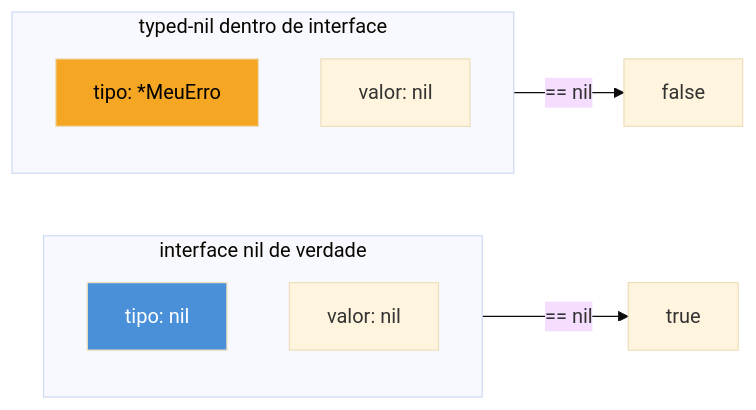
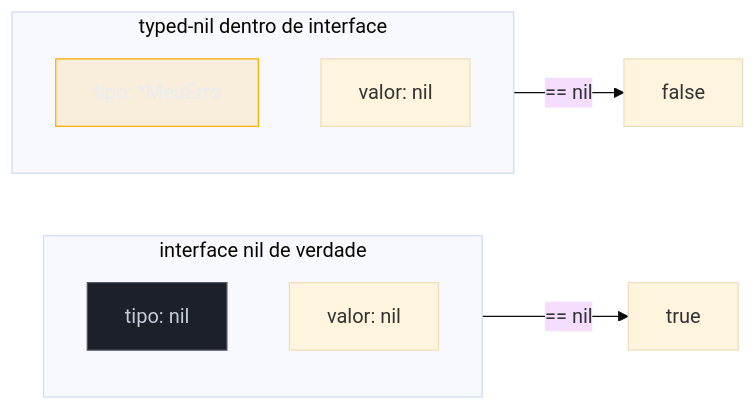
One commit to josenaldo/codex-technomanticus changed the first of 2 diagrams in 03-Dominios/Tecnologia/Go/21 - Preparação para entrevista de Go/04 - Os gotchas favoritos.md. Above: the diagram before and after it, drawn with Mermaid (base theme). The commit also changed other lines of this file and 1181 other files, not shown here.

First line of the commit message:
fix(diagramas): paleta do sistema no lugar de cor cravada no markdown

````diff
--- a/03-Dominios/Tecnologia/Go/21 - Preparação para entrevista de Go/04 - Os gotchas favoritos.md
+++ b/03-Dominios/Tecnologia/Go/21 - Preparação para entrevista de Go/04 - Os gotchas favoritos.md
@@ -57,16 +57,18 @@
 ```mermaid
 flowchart LR
+    classDef neutro fill:#1B2029,stroke:#4E5666,color:#C6CCD8
+    classDef destaque fill:#FFAA0024,stroke:#FFAA00,color:#E9ECF2
     subgraph NilReal["interface nil de verdade"]
         T1["tipo: nil"]
         V1["valor: nil"]
     end
     subgraph TypedNil["typed-nil dentro de interface"]
         T2["tipo: *MeuErro"]
         V2["valor: nil"]
     end
     NilReal -->|"== nil"| R1["true"]
     TypedNil -->|"== nil"| R2["false"]
 
-    style T1 fill:#4A90D9,color:#fff
-    style T2 fill:#F5A623,color:#000
+    class T1 neutro
+    class T2 destaque
 ```
````
